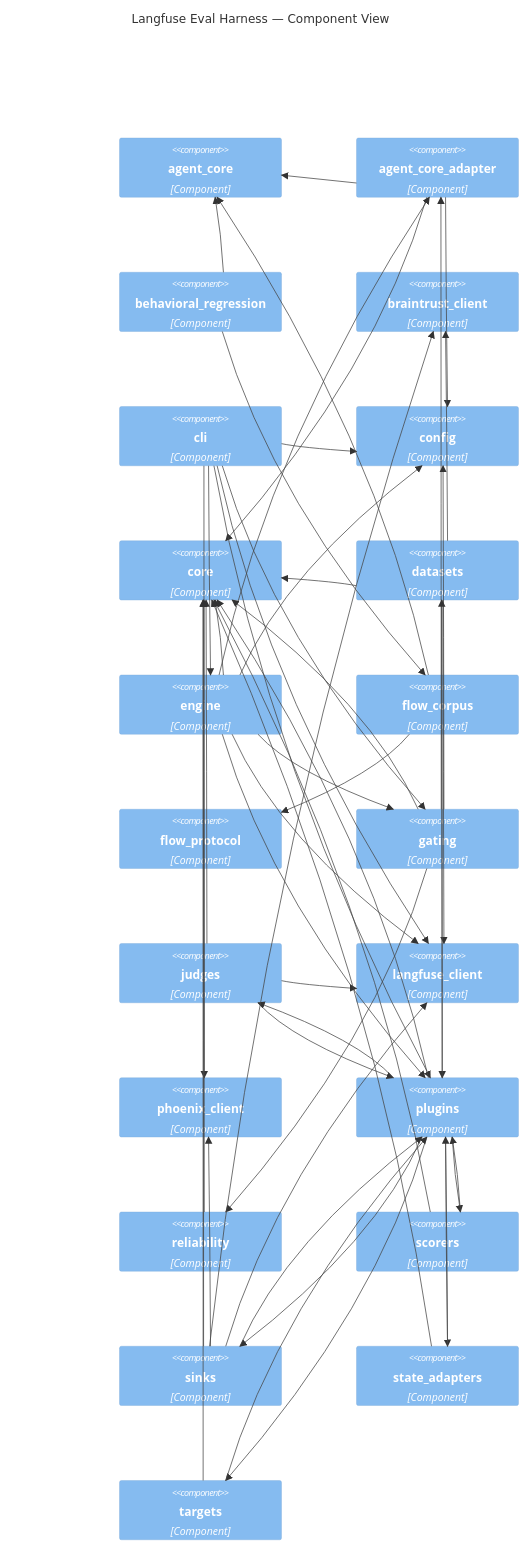
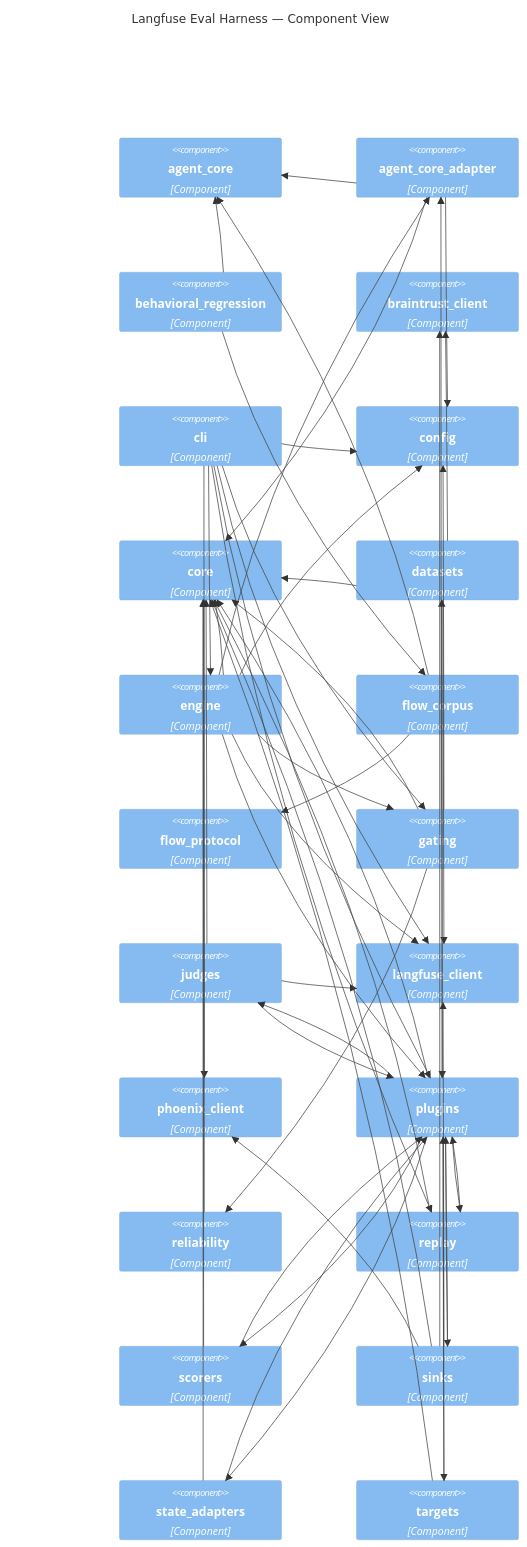
The diagram in architecture.mmd (ianshank/Agents), drawn with Mermaid before and after one commit. The commit also changed 62 other files, not shown here.

```diff
--- a/architecture.mmd
+++ b/architecture.mmd
@@ -1,74 +1,79 @@
 C4Component
     title Langfuse Eval Harness — Component View
 
     Component(agent_core, "agent_core", "Component")
     Component(agent_core_adapter, "agent_core_adapter", "Component")
     Component(behavioral_regression, "behavioral_regression", "Component")
     Component(braintrust_client, "braintrust_client", "Component")
     Component(cli, "cli", "Component")
     Component(config, "config", "Component")
     Component(core, "core", "Component")
     Component(datasets, "datasets", "Component")
     Component(engine, "engine", "Component")
     Component(flow_corpus, "flow_corpus", "Component")
     Component(flow_protocol, "flow_protocol", "Component")
     Component(gating, "gating", "Component")
     Component(judges, "judges", "Component")
     Component(langfuse_client, "langfuse_client", "Component")
     Component(phoenix_client, "phoenix_client", "Component")
     Component(plugins, "plugins", "Component")
     Component(reliability, "reliability", "Component")
+    Component(replay, "replay", "Component")
     Component(scorers, "scorers", "Component")
     Component(sinks, "sinks", "Component")
     Component(state_adapters, "state_adapters", "Component")
     Component(targets, "targets", "Component")
 
     Rel(agent_core_adapter, agent_core, "")
     Rel(agent_core_adapter, config, "")
     Rel(agent_core_adapter, core, "")
     Rel(behavioral_regression, agent_core, "")
     Rel(behavioral_regression, flow_corpus, "")
     Rel(cli, config, "")
     Rel(cli, engine, "")
     Rel(cli, gating, "")
     Rel(cli, langfuse_client, "")
     Rel(cli, phoenix_client, "")
     Rel(cli, plugins, "")
+    Rel(cli, replay, "")
     Rel(datasets, braintrust_client, "")
     Rel(datasets, core, "")
     Rel(datasets, langfuse_client, "")
     Rel(datasets, plugins, "")
     Rel(engine, agent_core_adapter, "")
     Rel(engine, config, "")
     Rel(engine, core, "")
     Rel(engine, gating, "")
     Rel(engine, langfuse_client, "")
     Rel(engine, plugins, "")
     Rel(flow_corpus, agent_core, "")
     Rel(flow_corpus, flow_protocol, "")
     Rel(gating, agent_core_adapter, "")
     Rel(gating, config, "")
     Rel(gating, core, "")
     Rel(gating, reliability, "")
     Rel(judges, core, "")
     Rel(judges, langfuse_client, "")
     Rel(judges, plugins, "")
     Rel(plugins, core, "")
     Rel(plugins, datasets, "")
     Rel(plugins, judges, "")
+    Rel(plugins, replay, "")
     Rel(plugins, scorers, "")
     Rel(plugins, sinks, "")
     Rel(plugins, state_adapters, "")
     Rel(plugins, targets, "")
     Rel(reliability, core, "")
+    Rel(replay, core, "")
+    Rel(replay, plugins, "")
     Rel(scorers, core, "")
     Rel(scorers, plugins, "")
     Rel(sinks, braintrust_client, "")
     Rel(sinks, core, "")
     Rel(sinks, langfuse_client, "")
     Rel(sinks, phoenix_client, "")
     Rel(sinks, plugins, "")
     Rel(state_adapters, core, "")
     Rel(state_adapters, plugins, "")
     Rel(targets, core, "")
     Rel(targets, plugins, "")
```
